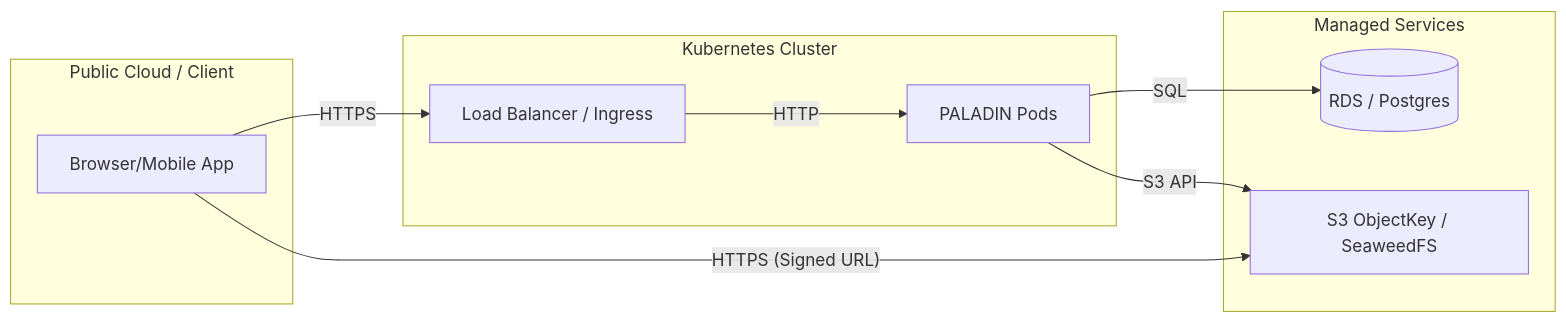
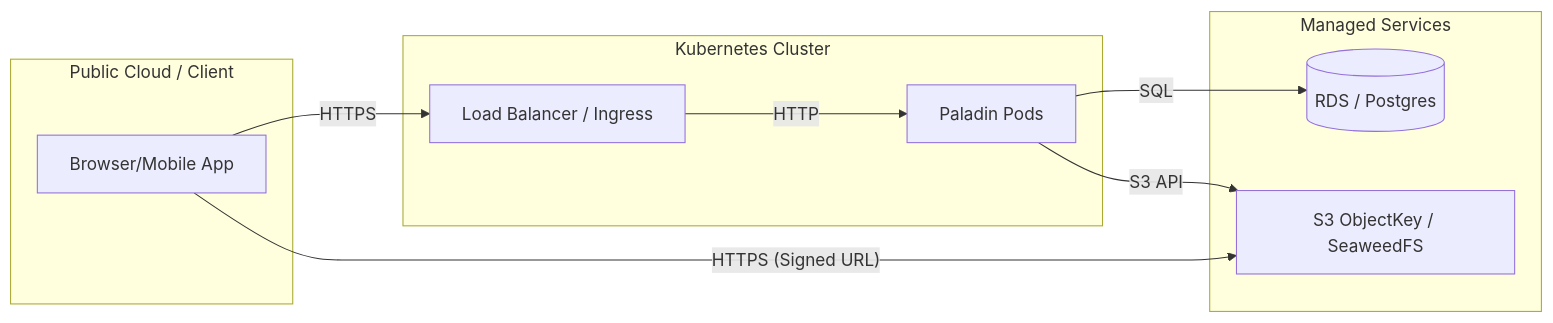
The fourth of 4 diagrams in backend/docs/diagrams.md (oleg-tkachuk/paladin), drawn with Mermaid before and after one commit. The commit also changed other lines of this file and 298 other files, not shown here.

````diff
--- a/backend/docs/diagrams.md
+++ b/backend/docs/diagrams.md
@@ -62,20 +62,20 @@
 ```mermaid
 graph LR
     subgraph "Public Cloud / Client"
         C["Browser/Mobile App"]
     end
     subgraph "Kubernetes Cluster"
-        PALADIN["PALADIN Pods"]
+        Paladin["Paladin Pods"]
         LB["Load Balancer / Ingress"]
     end
     subgraph "Managed Services"
         DB[("RDS / Postgres")]
         S3["S3 ObjectKey / SeaweedFS"]
     end
 
     C -- "HTTPS" --> LB
-    LB -- "HTTP" --> PALADIN
-    PALADIN -- "SQL" --> DB
-    PALADIN -- "S3 API" --> S3
+    LB -- "HTTP" --> Paladin
+    Paladin -- "SQL" --> DB
+    Paladin -- "S3 API" --> S3
     C -- "HTTPS (Signed URL)" --> S3
 ```
````
